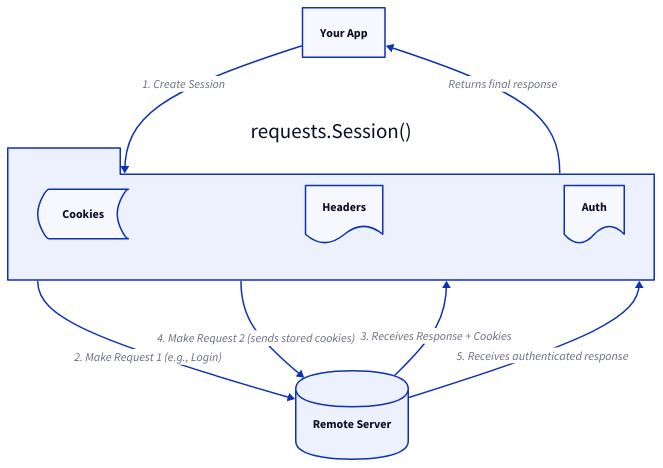
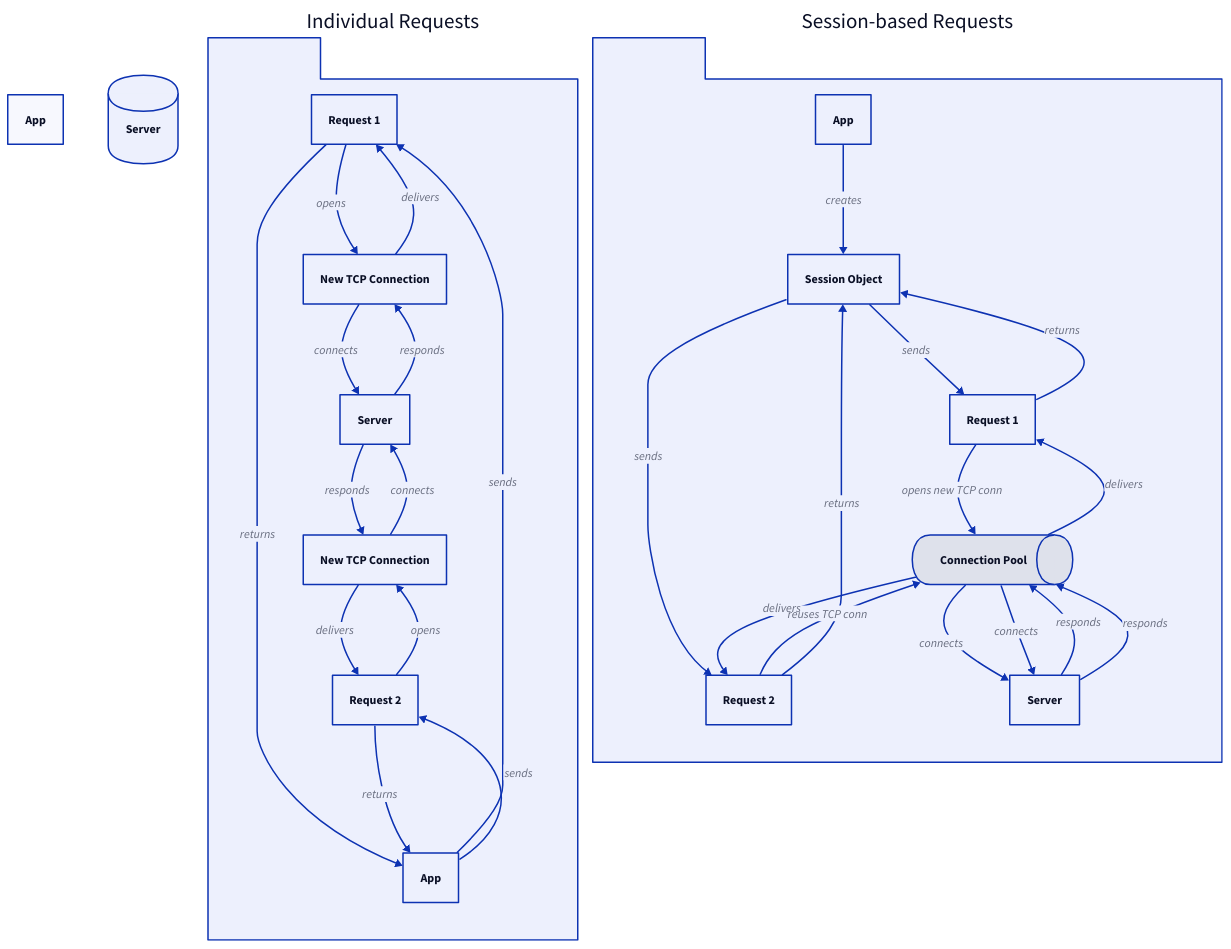
Before and after one commit to lban2049/requests: the diagram in .aigne/doc-smith/docs/user-guide-session-objects.md, drawn with D2. The commit also changed other lines of this file and 32 other files, not shown here.

````diff
--- a/.aigne/doc-smith/docs/user-guide-session-objects.md
+++ b/.aigne/doc-smith/docs/user-guide-session-objects.md
@@ -54,26 +114,84 @@
 ```d2
 direction: down
 
-"Your App": {
+"App": {
   shape: rectangle
 }
 
-"requests.Session()": {
-  shape: package
-  "Cookies": { shape: stored_data }
-  "Headers": { shape: document }
-  "Auth": { shape: document }
-}
-
-"Remote Server": {
+"Server": {
   shape: cylinder
 }
 
-"Your App" -> "requests.Session()": "1. Create Session"
-"requests.Session()" -> "Remote Server": "2. Make Request 1 (e.g., Login)"
-"Remote Server" -> "requests.Session()": "3. Receives Response + Cookies"
-"requests.Session()" -> "Remote Server": "4. Make Request 2 (sends stored cookies)"
-"Remote Server" -> "requests.Session()": "5. Receives authenticated response"
-"requests.Session()" -> "Your App": "Returns final response"
+"Individual Requests": {
+  shape: package
+
+  "Req 1": {
+    label: "Request 1"
+    shape: rectangle
+  }
+  "TCP 1": {
+    label: "New TCP Connection"
+  }
+
+  "Req 2": {
+    label: "Request 2"
+    shape: rectangle
+  }
+  "TCP 2": {
+    label: "New TCP Connection"
+  }
+
+  "App" -> "Req 1": "sends"
+  "Req 1" -> "TCP 1": "opens"
+  "TCP 1" -> "Server": "connects"
+  "Server" -> "TCP 1": "responds"
+  "TCP 1" -> "Req 1": "delivers"
+  "Req 1" -> "App": "returns"
+
+  "App" -> "Req 2": "sends"
+  "Req 2" -> "TCP 2": "opens"
+  "TCP 2" -> "Server": "connects"
+  "Server" -> "TCP 2": "responds"
+  "TCP 2" -> "Req 2": "delivers"
+  "Req 2" -> "App": "returns"
+}
+
+"Session-based Requests": {
+  shape: package
+
+  "Session": {
+    label: "Session Object"
+    shape: rectangle
+  }
+
+  "Connection Pool": {
+    shape: queue
+  }
+
+  "Req 3": {
+    label: "Request 1"
+    shape: rectangle
+  }
+
+  "Req 4": {
+    label: "Request 2"
+    shape: rectangle
+  }
+
+  "App" -> "Session": "creates"
+  "Session" -> "Req 3": "sends"
+  "Req 3" -> "Connection Pool": "opens new TCP conn"
+  "Connection Pool" -> "Server": "connects"
+  "Server" -> "Connection Pool": "responds"
+  "Connection Pool" -> "Req 3": "delivers"
+  "Req 3" -> "Session": "returns"
+  
+  "Session" -> "Req 4": "sends"
+  "Req 4" -> "Connection Pool": "reuses TCP conn"
+  "Connection Pool" -> "Server": "connects"
+  "Server" -> "Connection Pool": "responds"
+  "Connection Pool" -> "Req 4": "delivers"
+  "Req 4" -> "Session": "returns"
+}
 
 ```
````
